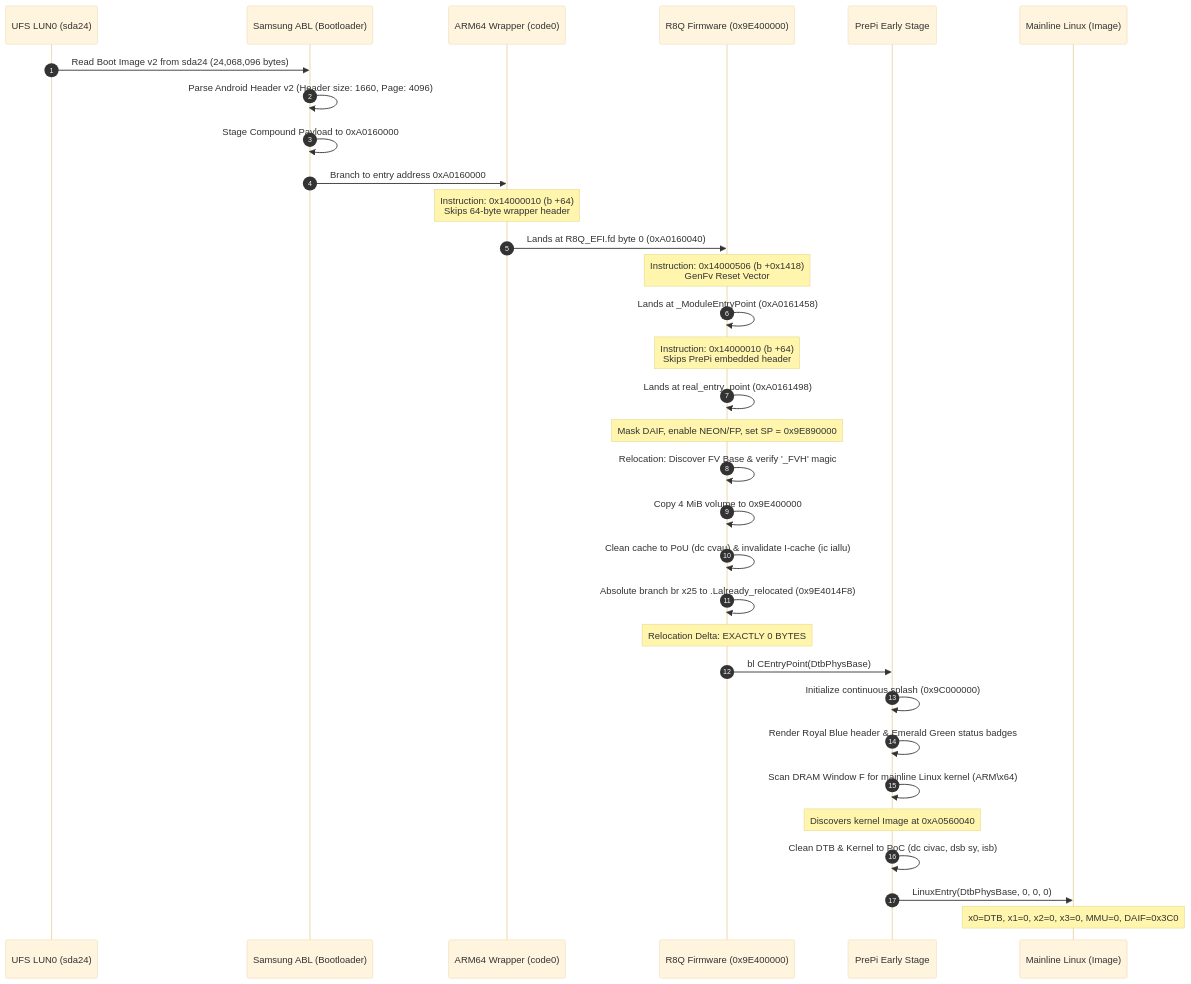
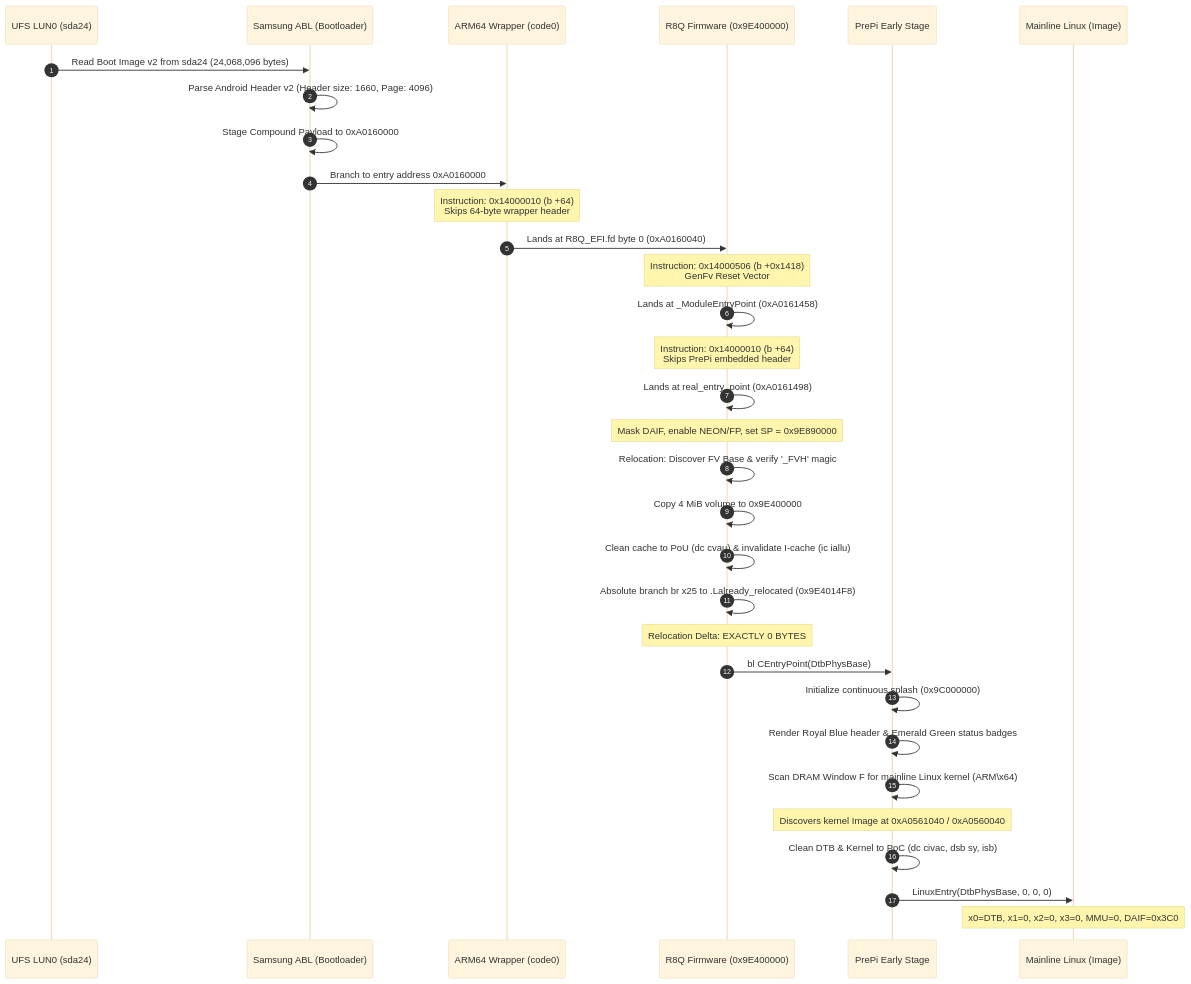
The diagram in docs/phase3_4/PHASE3_4_MASTER_MERGE_READINESS.md (Rick000000007/r8q-uefi), drawn with Mermaid (base theme) before and after one commit. The commit also changed other lines of this file and 5 other files, not shown here.

````diff
--- a/docs/phase3_4/PHASE3_4_MASTER_MERGE_READINESS.md
+++ b/docs/phase3_4/PHASE3_4_MASTER_MERGE_READINESS.md
@@ -61,35 +61,35 @@
 ```mermaid
 sequenceDiagram
     autonumber
     participant UFS as UFS LUN0 (sda24)
     participant ABL as Samsung ABL (Bootloader)
     participant WRAP as ARM64 Wrapper (code0)
     participant FV as R8Q Firmware (0x9E400000)
     participant PREPI as PrePi Early Stage
     participant KERNEL as Mainline Linux (Image)
 
     UFS->>ABL: Read Boot Image v2 from sda24 (24,068,096 bytes)
     ABL->>ABL: Parse Android Header v2 (Header size: 1660, Page: 4096)
     ABL->>ABL: Stage Compound Payload to 0xA0160000
     ABL->>WRAP: Branch to entry address 0xA0160000
     Note over WRAP: Instruction: 0x14000010 (b +64)<br/>Skips 64-byte wrapper header
     WRAP->>FV: Lands at R8Q_EFI.fd byte 0 (0xA0160040)
     Note over FV: Instruction: 0x14000506 (b +0x1418)<br/>GenFv Reset Vector
     FV->>FV: Lands at _ModuleEntryPoint (0xA0161458)
     Note over FV: Instruction: 0x14000010 (b +64)<br/>Skips PrePi embedded header
     FV->>FV: Lands at real_entry_point (0xA0161498)
     Note over FV: Mask DAIF, enable NEON/FP, set SP = 0x9E890000
     FV->>FV: Relocation: Discover FV Base & verify '_FVH' magic
     FV->>FV: Copy 4 MiB volume to 0x9E400000
     FV->>FV: Clean cache to PoU (dc cvau) & invalidate I-cache (ic iallu)
     FV->>FV: Absolute branch br x25 to .Lalready_relocated (0x9E4014F8)
     Note over FV: Relocation Delta: EXACTLY 0 BYTES
     FV->>PREPI: bl CEntryPoint(DtbPhysBase)
     PREPI->>PREPI: Initialize continuous splash (0x9C000000)
     PREPI->>PREPI: Render Royal Blue header & Emerald Green status badges
     PREPI->>PREPI: Scan DRAM Window F for mainline Linux kernel (ARM\x64)
-    Note over PREPI: Discovers kernel Image at 0xA0560040
+    Note over PREPI: Discovers kernel Image at 0xA0561040 / 0xA0560040
     PREPI->>PREPI: Clean DTB & Kernel to PoC (dc civac, dsb sy, isb)
     PREPI->>KERNEL: LinuxEntry(DtbPhysBase, 0, 0, 0)
     Note over KERNEL: x0=DTB, x1=0, x2=0, x3=0, MMU=0, DAIF=0x3C0
 ```
````
